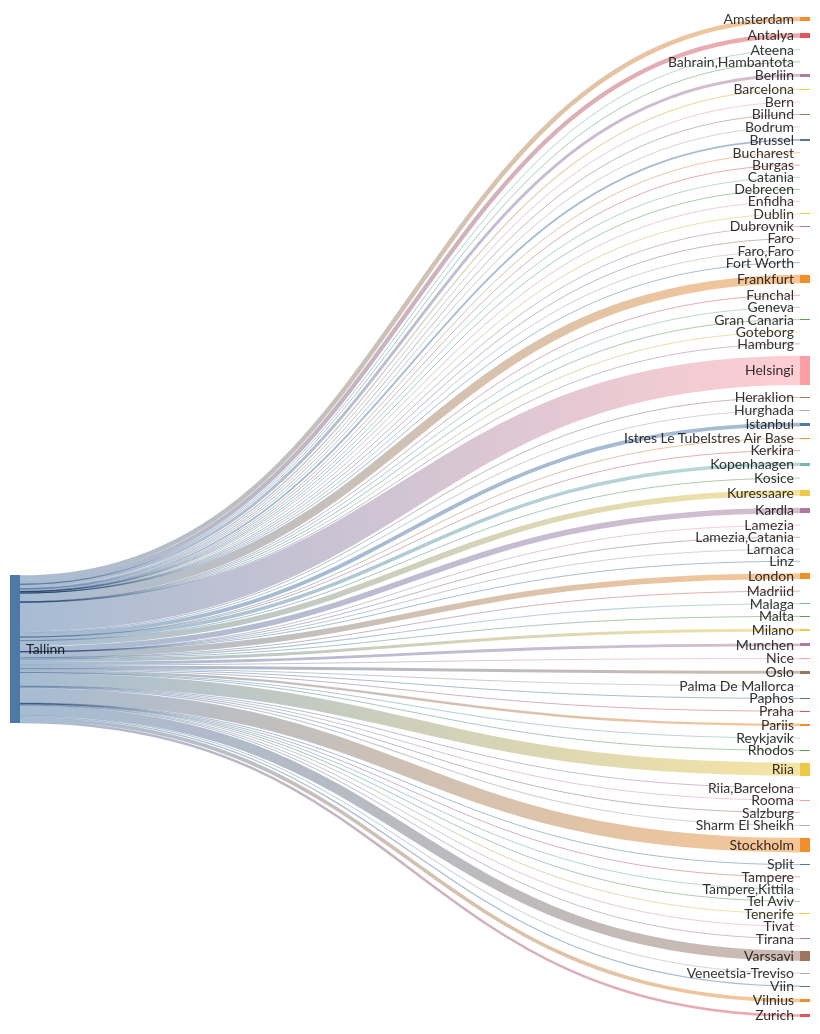
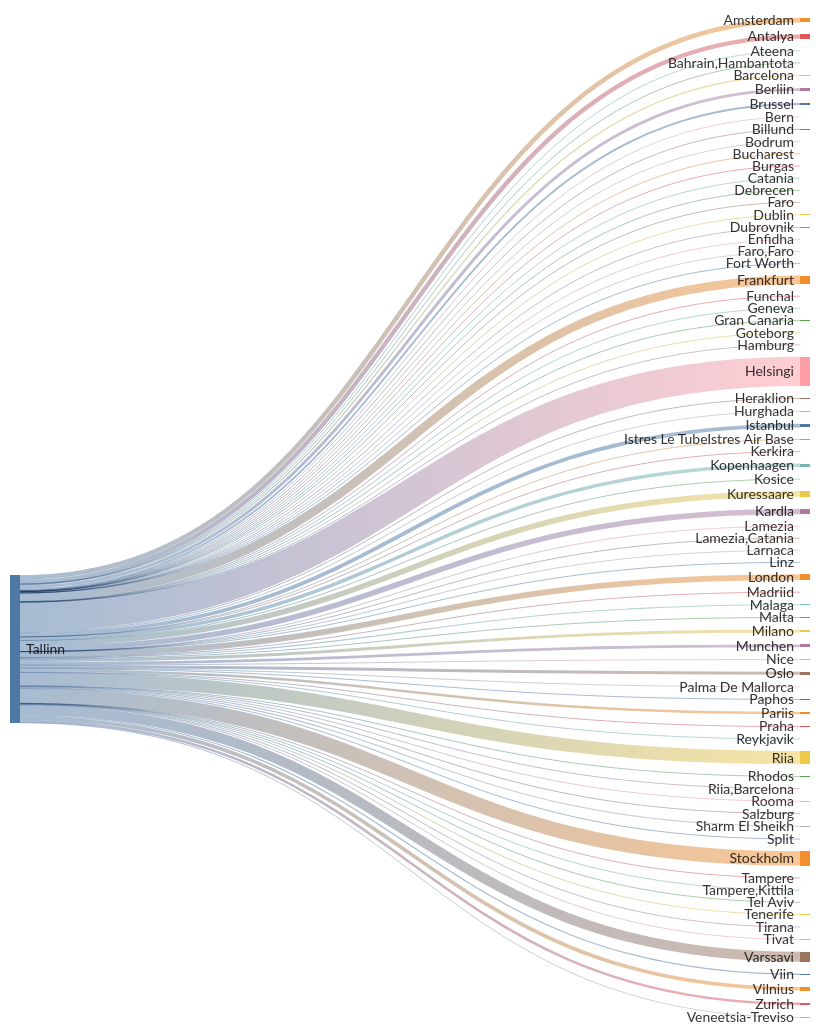
The second of 2 diagrams in README.md (rainermesi/tll-airport-departures), drawn with Mermaid before and after one commit. The commit also changed other lines of this file and 1 other file, not shown here.

````diff
--- a/README.md
+++ b/README.md
@@ -41,8 +41,8 @@
 ---
 sankey-beta
 %% source,target,value
-Tallinn,Amsterdam,405
-Tallinn,Antalya,383
+Tallinn,Amsterdam,407
+Tallinn,Antalya,384
 Tallinn,Ateena,16
 Tallinn,"Bahrain,Hambantota",1
 Tallinn,Barcelona,113
@@ -55,64 +55,64 @@
 Tallinn,Burgas,42
 Tallinn,Catania,2
 Tallinn,Debrecen,1
-Tallinn,Dublin,83
+Tallinn,Dublin,84
 Tallinn,Dubrovnik,21
 Tallinn,Enfidha,7
 Tallinn,Faro,4
 Tallinn,"Faro,Faro",1
 Tallinn,Fort Worth,1
-Tallinn,Frankfurt,763
+Tallinn,Frankfurt,766
 Tallinn,Funchal,5
 Tallinn,Geneva,13
 Tallinn,Gran Canaria,38
 Tallinn,Goteborg,1
 Tallinn,Hamburg,2
-Tallinn,Helsingi,2591
+Tallinn,Helsingi,2601
 Tallinn,Heraklion,78
 Tallinn,Hurghada,75
-Tallinn,Istanbul,341
+Tallinn,Istanbul,342
 Tallinn,Istres Le TubeIstres Air Base,2
 Tallinn,Kerkira,4
-Tallinn,Kopenhaagen,314
+Tallinn,Kopenhaagen,316
 Tallinn,Kosice,1
-Tallinn,Kuressaare,495
-Tallinn,Kardla,495
+Tallinn,Kuressaare,497
+Tallinn,Kardla,497
 Tallinn,Lamezia,1
 Tallinn,"Lamezia,Catania",3
 Tallinn,Larnaca,4
 Tallinn,Linz,2
-Tallinn,London,516
+Tallinn,London,518
 Tallinn,Madriid,1
-Tallinn,Malaga,102
+Tallinn,Malaga,103
 Tallinn,Malta,23
 Tallinn,Milano,261
-Tallinn,Munchen,251
+Tallinn,Munchen,252
 Tallinn,Nice,41
-Tallinn,Oslo,266
+Tallinn,Oslo,267
 Tallinn,Palma De Mallorca,27
 Tallinn,Paphos,66
-Tallinn,Pariis,218
+Tallinn,Pariis,219
 Tallinn,Praha,69
 Tallinn,Reykjavik,9
 Tallinn,Rhodos,48
-Tallinn,Riia,1163
+Tallinn,Riia,1168
 Tallinn,"Riia,Barcelona",1
 Tallinn,Rooma,80
 Tallinn,Salzburg,14
 Tallinn,Sharm El Sheikh,98
 Tallinn,Split,41
-Tallinn,Stockholm,1293
+Tallinn,Stockholm,1297
 Tallinn,Tampere,17
 Tallinn,"Tampere,Kittila",21
 Tallinn,Tel Aviv,2
 Tallinn,Tenerife,58
 Tallinn,Tirana,22
-Tallinn,Tivat,49
-Tallinn,Varssavi,893
+Tallinn,Tivat,50
+Tallinn,Varssavi,896
 Tallinn,Veneetsia-Treviso,67
 Tallinn,Viin,106
-Tallinn,Vilnius,321
-Tallinn,Zurich,224
+Tallinn,Vilnius,323
+Tallinn,Zurich,225
 
 
 ```
````
